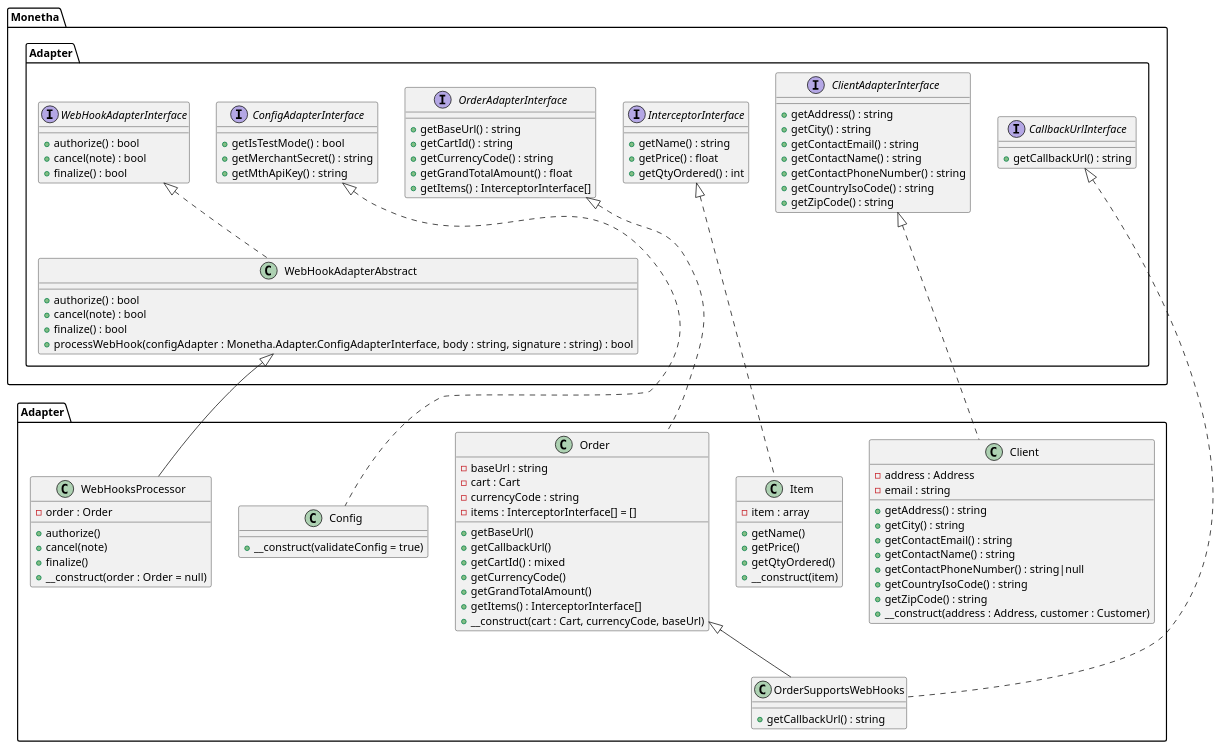
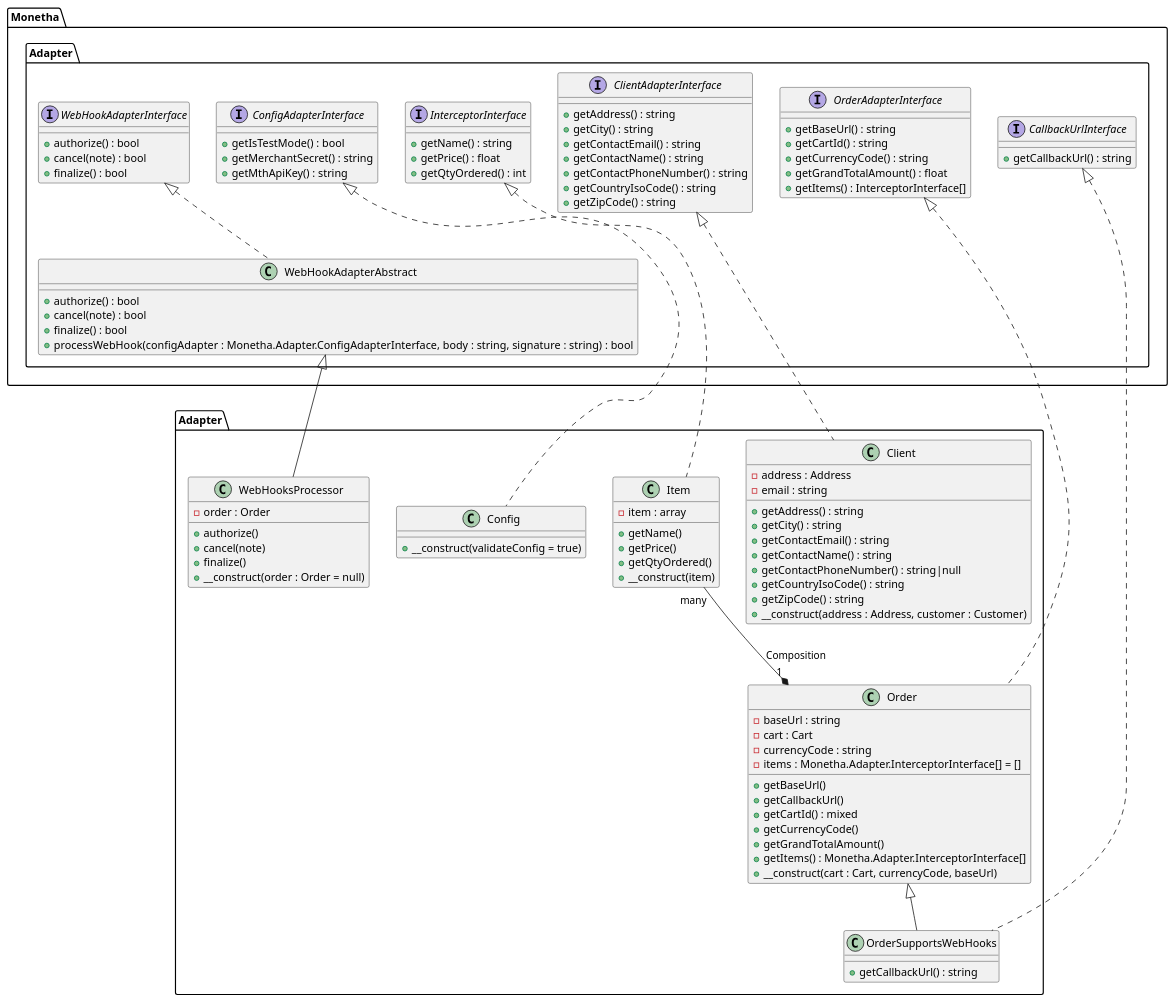
One commit to monetha/payment-plugin-php-sdk changed the diagram in example/payment-plugin-php-sdk.puml. Above: the diagram before and after it, drawn with PlantUML. The commit also changed 1 other file, not shown here.

Commit message:
order items.

```diff
--- a/example/payment-plugin-php-sdk.puml
+++ b/example/payment-plugin-php-sdk.puml
@@ -1,110 +1,112 @@
 @startuml
 
 interface Monetha.Adapter.ConfigAdapterInterface {
     +getIsTestMode() : bool
     +getMerchantSecret() : string
     +getMthApiKey() : string
 }
 
 class Adapter.Config {
     +__construct(validateConfig = true)
 }
 class Adapter.Config implements Monetha.Adapter.ConfigAdapterInterface
 
 interface Monetha.Adapter.OrderAdapterInterface {
     +getBaseUrl() : string
     +getCartId() : string
     +getCurrencyCode() : string
     +getGrandTotalAmount() : float
     +getItems() : InterceptorInterface[]
 }
 
 class Adapter.Order {
     -baseUrl : string
     -cart : Cart
     -currencyCode : string
-    -items : InterceptorInterface[] = []
+    -items : Monetha.Adapter.InterceptorInterface[] = []
     +getBaseUrl()
     +getCallbackUrl()
     +getCartId() : mixed
     +getCurrencyCode()
     +getGrandTotalAmount()
-    +getItems() : InterceptorInterface[]
+    +getItems() : Monetha.Adapter.InterceptorInterface[]
     +__construct(cart : Cart, currencyCode, baseUrl)
 }
 class Adapter.Order implements Monetha.Adapter.OrderAdapterInterface
+
+Adapter.Order "1" *-up- "many" Adapter.Item: Composition
 
 class Adapter.OrderSupportsWebHooks {
     +getCallbackUrl() : string
 }
 class Adapter.OrderSupportsWebHooks extends Adapter.Order
 class Adapter.OrderSupportsWebHooks implements Monetha.Adapter.CallbackUrlInterface
 
 interface Monetha.Adapter.InterceptorInterface {
     +getName() : string
     +getPrice() : float
     +getQtyOrdered() : int
 }
 
 class Adapter.Item {
     -item : array
     +getName()
     +getPrice()
     +getQtyOrdered()
     +__construct(item)
 }
 class Adapter.Item implements Monetha.Adapter.InterceptorInterface
 
 interface Monetha.Adapter.CallbackUrlInterface {
     +getCallbackUrl() : string
 }
 
 interface Monetha.Adapter.ClientAdapterInterface {
     +getAddress() : string
     +getCity() : string
     +getContactEmail() : string
     +getContactName() : string
     +getContactPhoneNumber() : string
     +getCountryIsoCode() : string
     +getZipCode() : string
 }
 
 class Adapter.Client {
     -address : Address
     -email : string
     +getAddress() : string
     +getCity() : string
     +getContactEmail() : string
     +getContactName() : string
     +getContactPhoneNumber() : string|null
     +getCountryIsoCode() : string
     +getZipCode() : string
     +__construct(address : Address, customer : Customer)
 }
 class Adapter.Client implements Monetha.Adapter.ClientAdapterInterface
 
 
 interface Monetha.Adapter.WebHookAdapterInterface {
     +authorize() : bool
     +cancel(note) : bool
     +finalize() : bool
 }
 
 class Adapter.WebHooksProcessor {
     -order : Order
     +authorize()
     +cancel(note)
     +finalize()
     +__construct(order : Order = null)
 }
 class Adapter.WebHooksProcessor extends Monetha.Adapter.WebHookAdapterAbstract
 
 abstract class Monetha.Adapter.WebHookAdapterAbstract {
     +authorize() : bool
     +cancel(note) : bool
     +finalize() : bool
     +processWebHook(configAdapter : Monetha.Adapter.ConfigAdapterInterface, body : string, signature : string) : bool
 }
 class Monetha.Adapter.WebHookAdapterAbstract implements Monetha.Adapter.WebHookAdapterInterface
 
 @enduml
```
